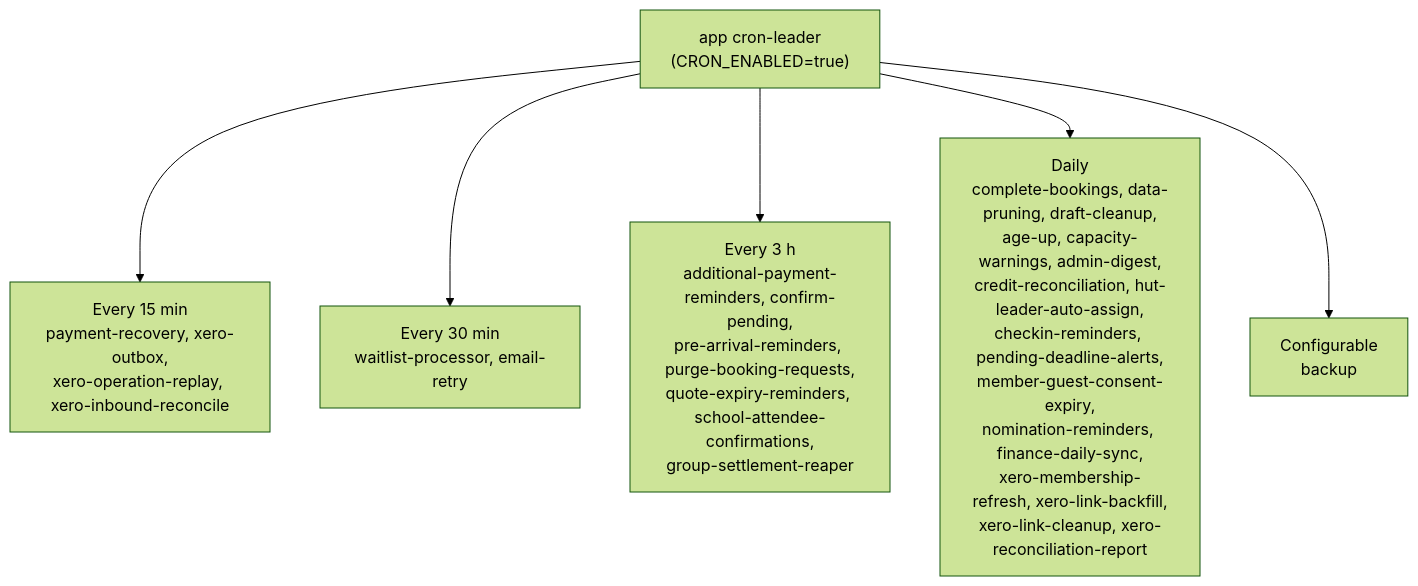
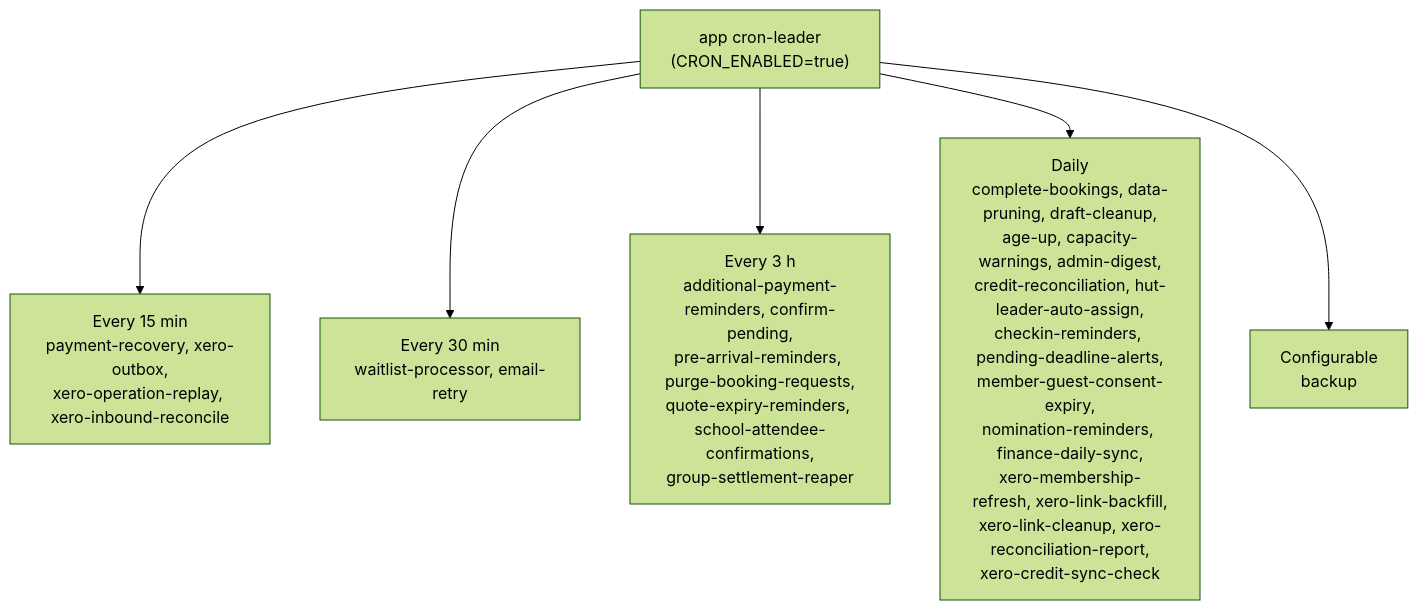
Before and after one commit to hoppers99/AlpineClubBookingsNZ: the fifth of 5 diagrams in docs/ARCHITECTURE.md, drawn with Mermaid (forest theme). The commit also changed other lines of this file and 15 other files, not shown here.

````diff
--- a/docs/ARCHITECTURE.md
+++ b/docs/ARCHITECTURE.md
@@ -2386,9 +2386,9 @@
 ```mermaid
 flowchart TD
     Leader["app cron-leader<br/>(CRON_ENABLED=true)"]
     Leader --> Q15["Every 15 min<br/>payment-recovery, xero-outbox,<br/>xero-operation-replay, xero-inbound-reconcile"]
     Leader --> Q30["Every 30 min<br/>waitlist-processor, email-retry"]
     Leader --> Q3h["Every 3 h<br/>additional-payment-reminders, confirm-pending,<br/>pre-arrival-reminders, purge-booking-requests,<br/>quote-expiry-reminders, school-attendee-confirmations,<br/>group-settlement-reaper"]
-    Leader --> Daily["Daily<br/>complete-bookings, data-pruning, draft-cleanup,<br/>age-up, capacity-warnings, admin-digest,<br/>credit-reconciliation, hut-leader-auto-assign,<br/>checkin-reminders, pending-deadline-alerts,<br/>member-guest-consent-expiry,<br/>nomination-reminders, finance-daily-sync,<br/>xero-membership-refresh, xero-link-backfill,<br/>xero-link-cleanup, xero-reconciliation-report"]
+    Leader --> Daily["Daily<br/>complete-bookings, data-pruning, draft-cleanup,<br/>age-up, capacity-warnings, admin-digest,<br/>credit-reconciliation, hut-leader-auto-assign,<br/>checkin-reminders, pending-deadline-alerts,<br/>member-guest-consent-expiry,<br/>nomination-reminders, finance-daily-sync,<br/>xero-membership-refresh, xero-link-backfill,<br/>xero-link-cleanup, xero-reconciliation-report,<br/>xero-credit-sync-check"]
     Leader --> Cfg["Configurable<br/>backup"]
 ```
````
